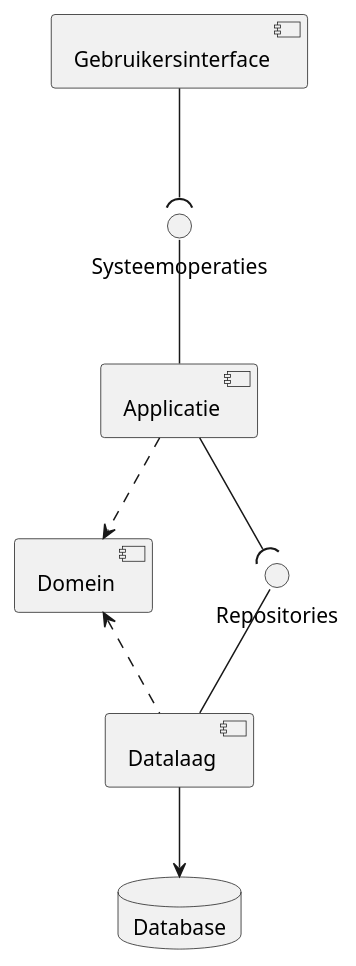
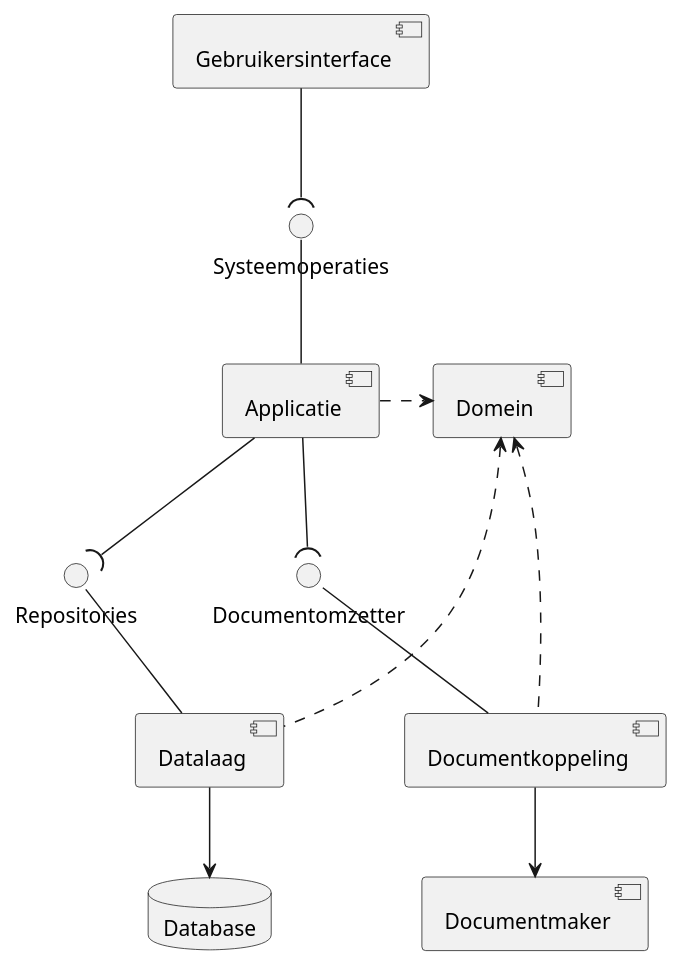
One commit to HAN-Craftsmanship-KL-JJG/casus changed the diagram in docs/diagrams/componentdiagram.puml. Above: the diagram before and after it, drawn with PlantUML. The commit also changed 12 other files, not shown here.

```diff
--- a/docs/diagrams/componentdiagram.puml
+++ b/docs/diagrams/componentdiagram.puml
@@ -1,25 +1,33 @@
 @startuml componentdiagram
 ' Component diagram van ICDE: de lagen en hun interfaces. Toelichting: docs/06-architectuur.md
-' De interfaces van Repositories horen bij het domein, de datalaag implementeert ze.
+' De interfaces Repositories en Documentomzetter horen bij het domein.
+' De datalaag en de documentkoppeling implementeren ze.
 skinparam style strictuml
 skinparam shadowing false
 skinparam defaultFontName Helvetica
 skinparam componentStyle uml2
 
 component Gebruikersinterface
 component Applicatie
 component Domein
 component Datalaag
+component Documentkoppeling
+component Documentmaker
 database Database
 
 interface Systeemoperaties
 interface Repositories
+interface Documentomzetter
 
 Gebruikersinterface -down-( Systeemoperaties
 Systeemoperaties -down- Applicatie
 Applicatie .right.> Domein
 Applicatie -down-( Repositories
 Repositories -down- Datalaag
 Datalaag .up.> Domein
 Datalaag -down-> Database
+Applicatie -down-( Documentomzetter
+Documentomzetter -down- Documentkoppeling
+Documentkoppeling .up.> Domein
+Documentkoppeling -down-> Documentmaker
 @enduml
```
